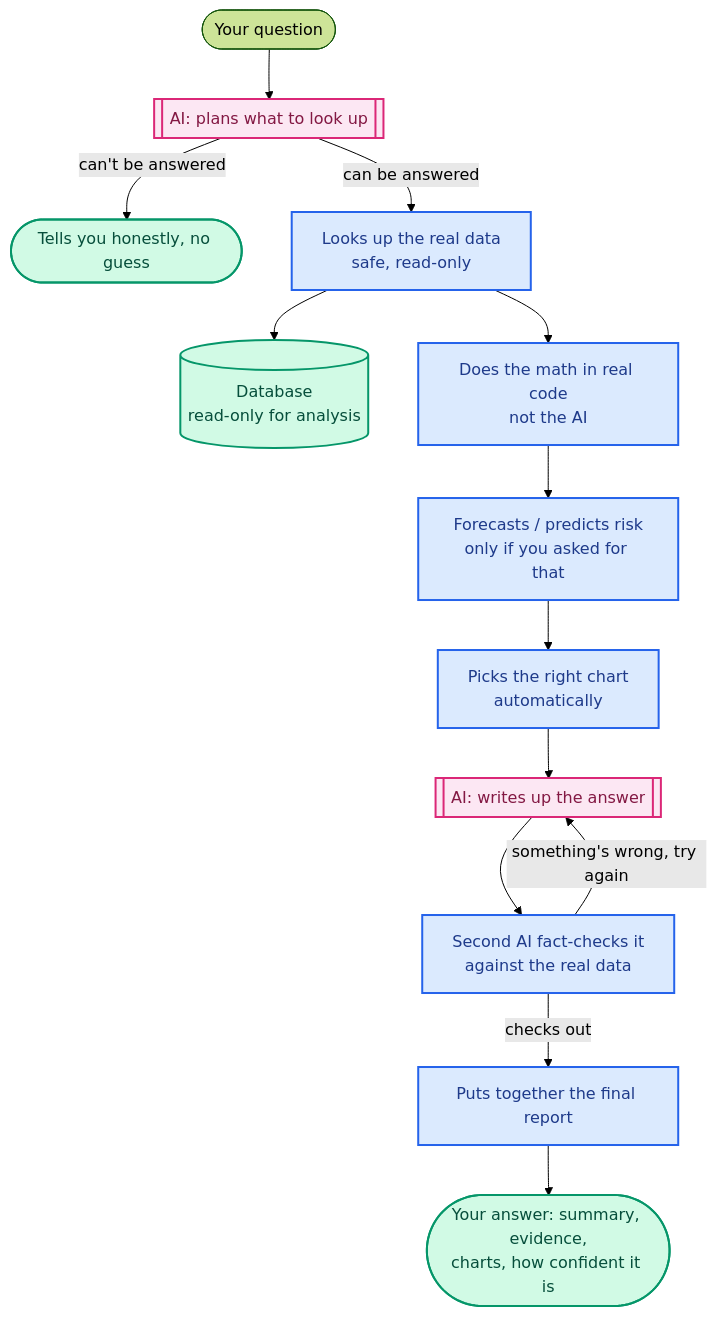
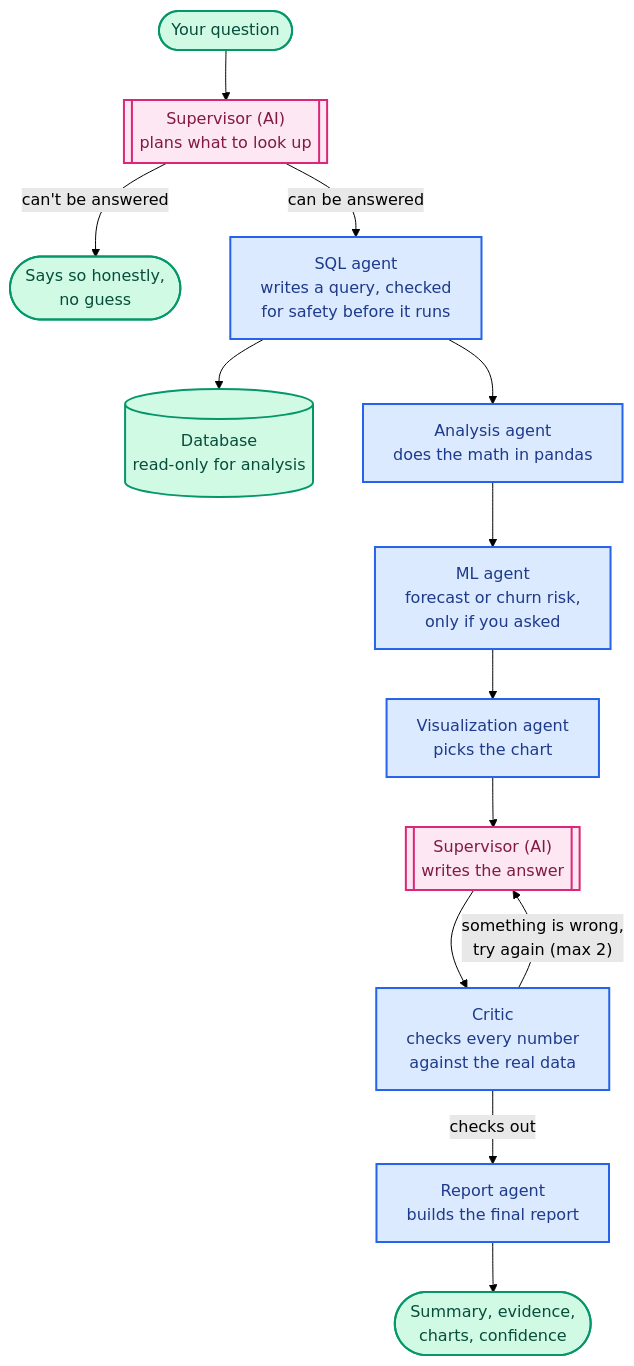
Before and after one commit to sunilsaini01/AI-Business-Intelligence-Analyst: the diagram in README.md, drawn with Mermaid (forest theme). The commit also changed other lines of this file and 8 other files, not shown here.

````diff
--- a/README.md
+++ b/README.md
@@ -64,19 +100,19 @@
 ```mermaid
 flowchart TD
-    Q(["Your question"]) --> Sup1[["AI: plans what to look up"]]:::llm
-    Sup1 -->|"can't be answered"| Decline(["Tells you honestly, no guess"]):::io
-    Sup1 -->|"can be answered"| SQLAgent[Looks up the real data<br>safe, read-only]:::h
-    SQLAgent --> PG[("Database<br>read-only for analysis")]:::io
-    SQLAgent --> An[Does the math in real code<br>not the AI]:::h
-    An --> ML[Forecasts / predicts risk<br>only if you asked for that]:::h
-    ML --> Viz[Picks the right chart<br>automatically]:::h
-    Viz --> Sup2[["AI: writes up the answer"]]:::llm
-    Sup2 --> Critic[Second AI fact-checks it<br>against the real data]:::h
-    Critic -->|"something's wrong, try again"| Sup2
-    Critic -->|"checks out"| Report[Puts together the final report]:::h
-    Report --> Out(["Your answer: summary, evidence,<br>charts, how confident it is"]):::io
+    classDef llm fill:#fce7f3,stroke:#db2777,stroke-width:2px,color:#831843
+    classDef code fill:#dbeafe,stroke:#2563eb,stroke-width:2px,color:#1e3a8a
+    classDef io fill:#d1fae5,stroke:#059669,stroke-width:2px,color:#064e3b
 
-    classDef llm fill:#fce7f3,stroke:#db2777,stroke-width:2px,color:#831843;
-    classDef h fill:#dbeafe,stroke:#2563eb,stroke-width:2px,color:#1e3a8a;
-    classDef io fill:#d1fae5,stroke:#059669,stroke-width:2px,color:#064e3b;
+    Q(["Your question"]):::io --> Plan[["Supervisor (AI)<br>plans what to look up"]]:::llm
+    Plan -->|"can't be answered"| Decline(["Says so honestly,<br>no guess"]):::io
+    Plan -->|"can be answered"| SQL["SQL agent<br>writes a query, checked<br>for safety before it runs"]:::code
+    SQL --> DB[("Database<br>read-only for analysis")]:::io
+    SQL --> Analysis["Analysis agent<br>does the math in pandas"]:::code
+    Analysis --> ML["ML agent<br>forecast or churn risk,<br>only if you asked"]:::code
+    ML --> Viz["Visualization agent<br>picks the chart"]:::code
+    Viz --> Write[["Supervisor (AI)<br>writes the answer"]]:::llm
+    Write --> Critic["Critic<br>checks every number<br>against the real data"]:::code
+    Critic -->|"something is wrong,<br>try again (max 2)"| Write
+    Critic -->|"checks out"| Report["Report agent<br>builds the final report"]:::code
+    Report --> Out(["Summary, evidence,<br>charts, confidence"]):::io
 ```
````
